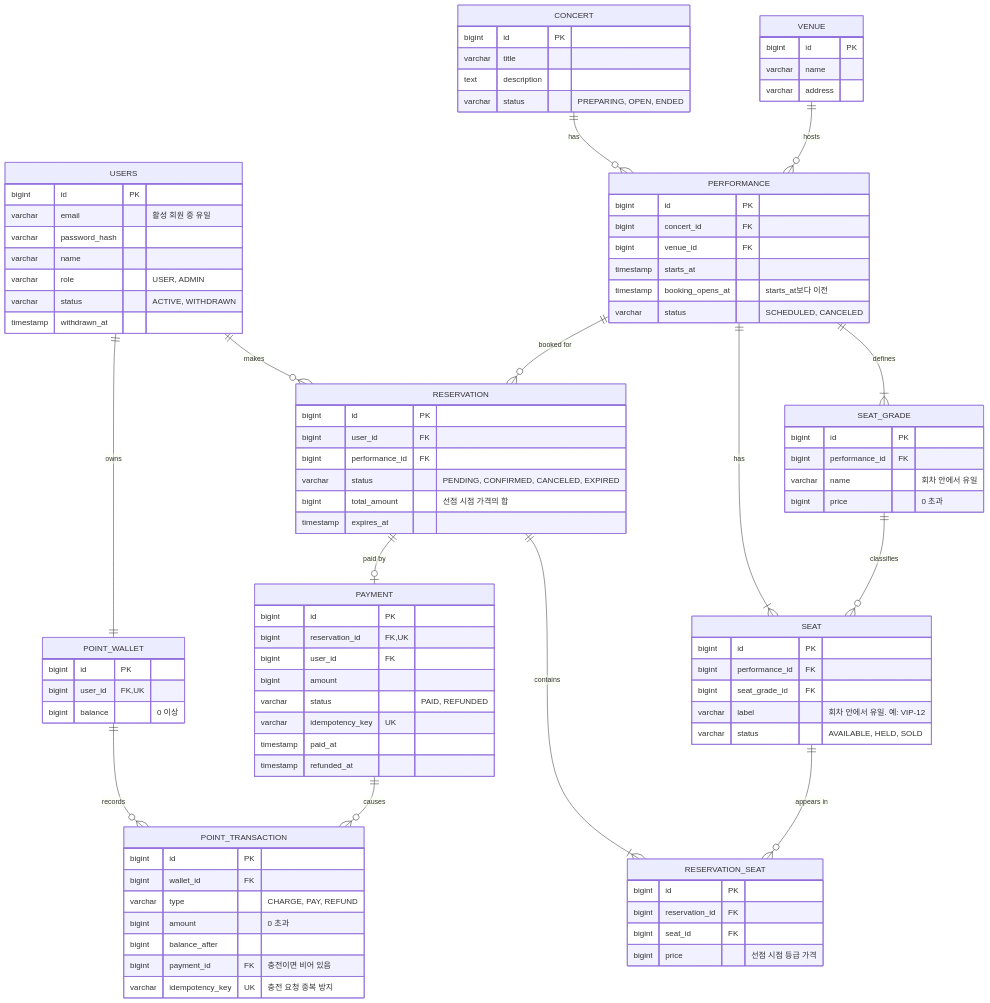
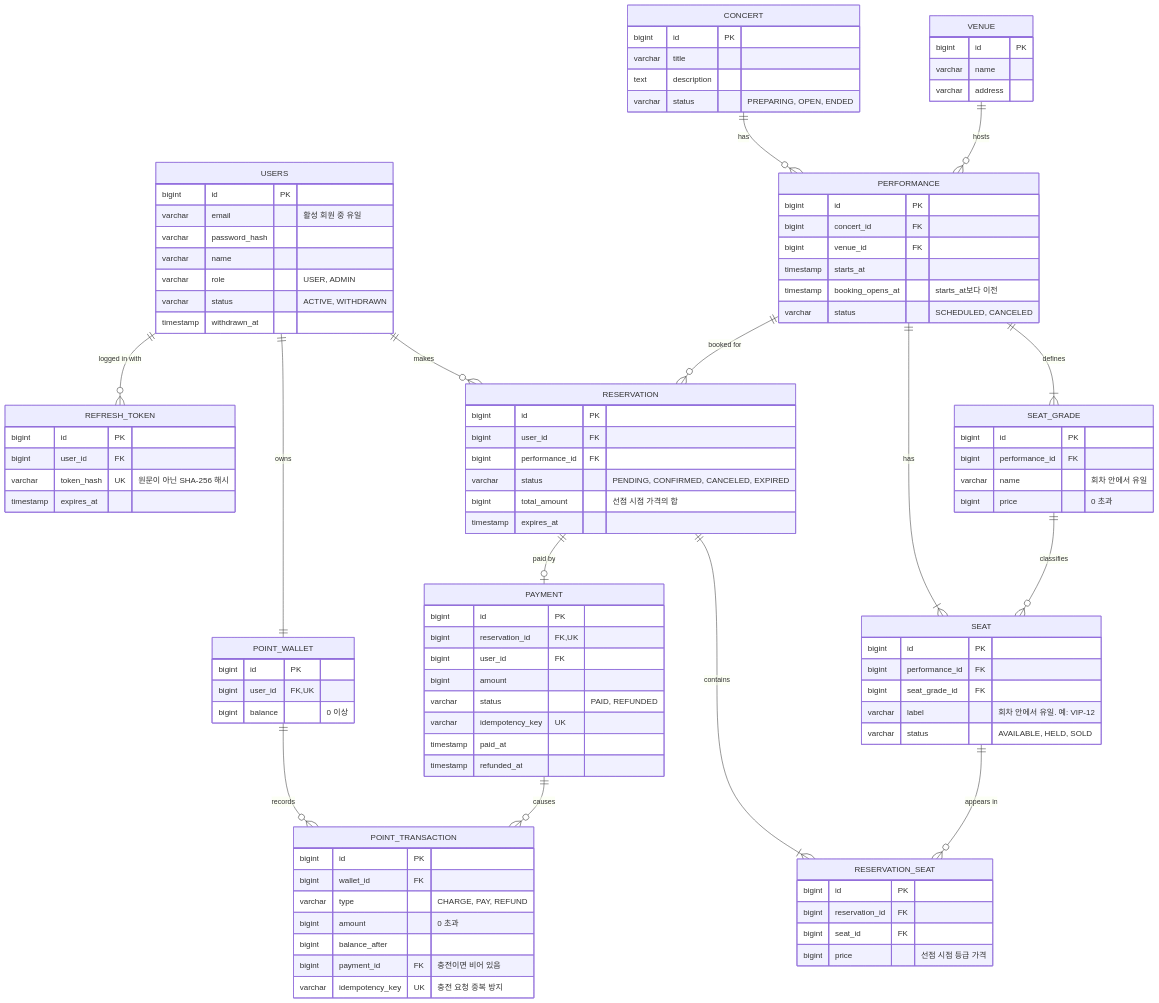
Before and after one commit to bae-inho/ticatch: the sixth of 6 diagrams in docs/domain.md, drawn with Mermaid. The commit also changed other lines of this file and 5 other files, not shown here.

````diff
--- a/docs/domain.md
+++ b/docs/domain.md
@@ -132,6 +135,7 @@
 ```mermaid
 erDiagram
     USERS ||--|| POINT_WALLET : owns
+    USERS ||--o{ REFRESH_TOKEN : "logged in with"
     POINT_WALLET ||--o{ POINT_TRANSACTION : records
     CONCERT ||--o{ PERFORMANCE : has
     VENUE ||--o{ PERFORMANCE : hosts
@@ -153,6 +157,12 @@
         varchar role "USER, ADMIN"
         varchar status "ACTIVE, WITHDRAWN"
         timestamp withdrawn_at
+    }
+    REFRESH_TOKEN {
+        bigint id PK
+        bigint user_id FK
+        varchar token_hash UK "원문이 아닌 SHA-256 해시"
+        timestamp expires_at
     }
     POINT_WALLET {
         bigint id PK
````
